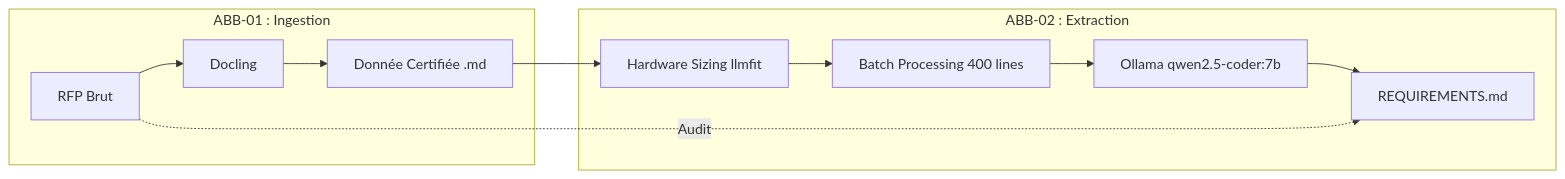
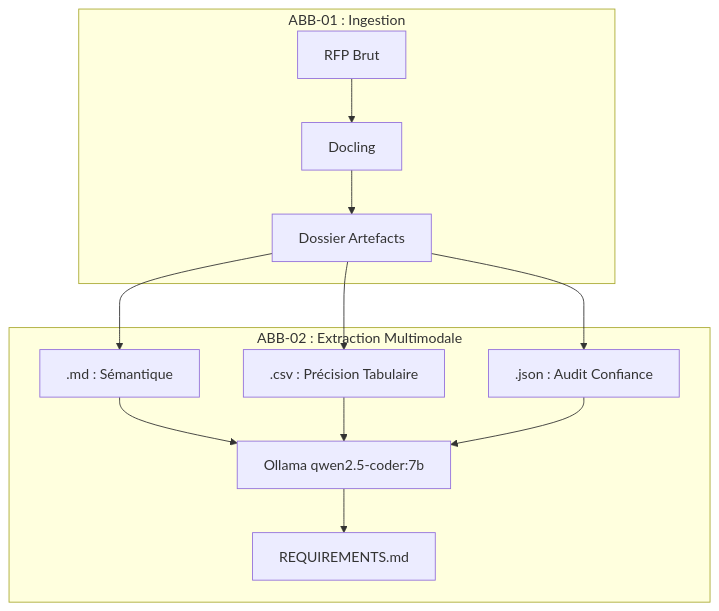
The first of 2 diagrams in 00-GOUVERNANCE/LLM_MASTER_KNOWLEDGE.md (RodMan121/i-ingestion_lecture_rfp), drawn with Mermaid before and after one commit. The commit also changed other lines of this file and 3 other files, not shown here.

````diff
--- a/00-GOUVERNANCE/LLM_MASTER_KNOWLEDGE.md
+++ b/00-GOUVERNANCE/LLM_MASTER_KNOWLEDGE.md
@@ -13,14 +13,14 @@
 ```mermaid
-graph LR
+graph TD
     subgraph ABB-01 : Ingestion
         RAW[RFP Brut] --> DOC[Docling]
-        DOC --> CERT[Donnée Certifiée .md]
+        DOC --> ARTEFACTS[Dossier Artefacts]
     end
-    subgraph ABB-02 : Extraction
-        CERT --> FIT[Hardware Sizing llmfit]
-        FIT --> BATCH[Batch Processing 400 lines]
-        BATCH --> OLL[Ollama qwen2.5-coder:7b]
+    subgraph ABB-02 : Extraction Multimodale
+        ARTEFACTS --> MD[.md : Sémantique]
+        ARTEFACTS --> CSV[.csv : Précision Tabulaire]
+        ARTEFACTS --> JSON[.json : Audit Confiance]
+        MD & CSV & JSON --> OLL[Ollama qwen2.5-coder:7b]
         OLL --> REQ[REQUIREMENTS.md]
     end
-    RAW -. Audit .-> REQ
 ```
````
